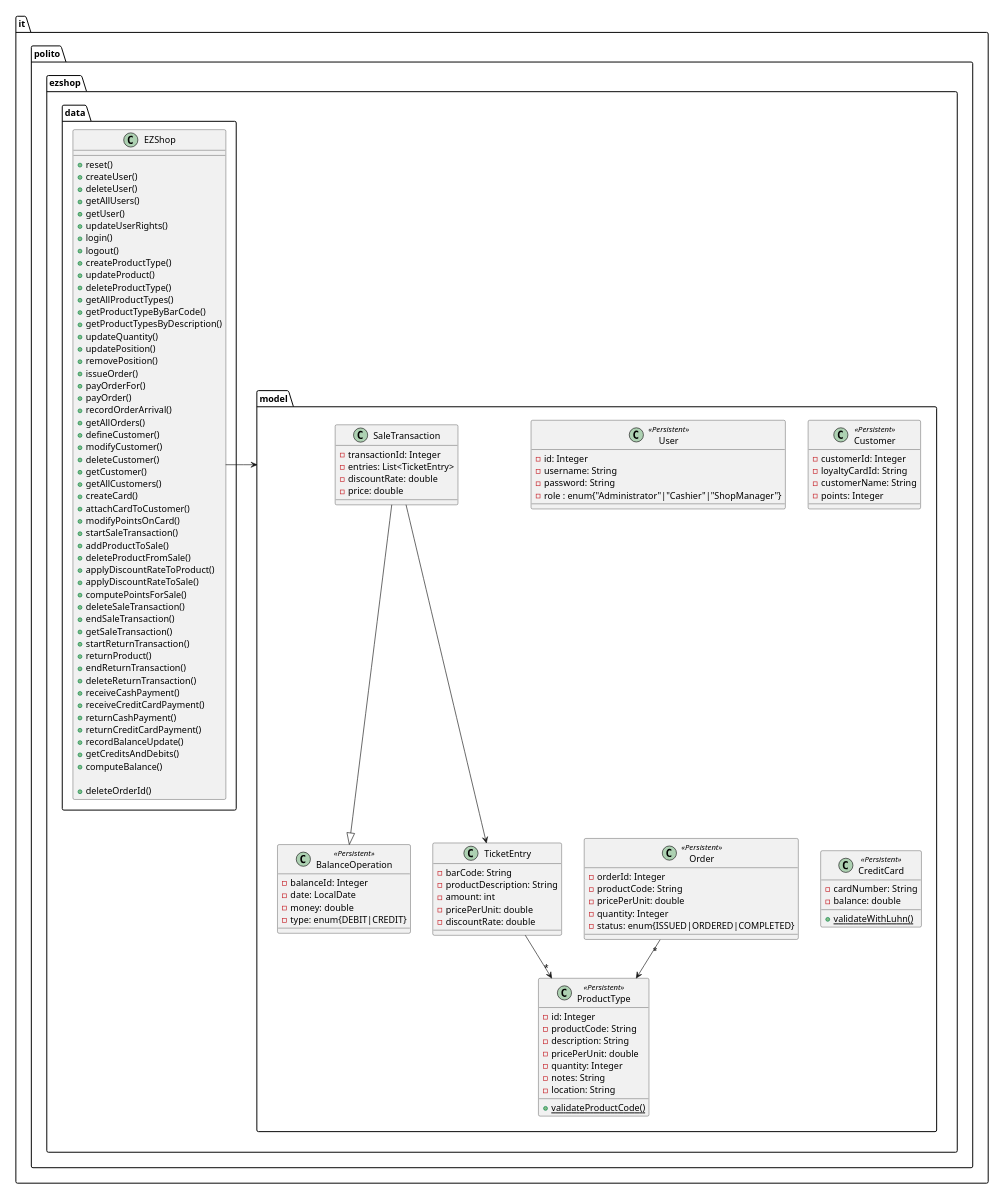
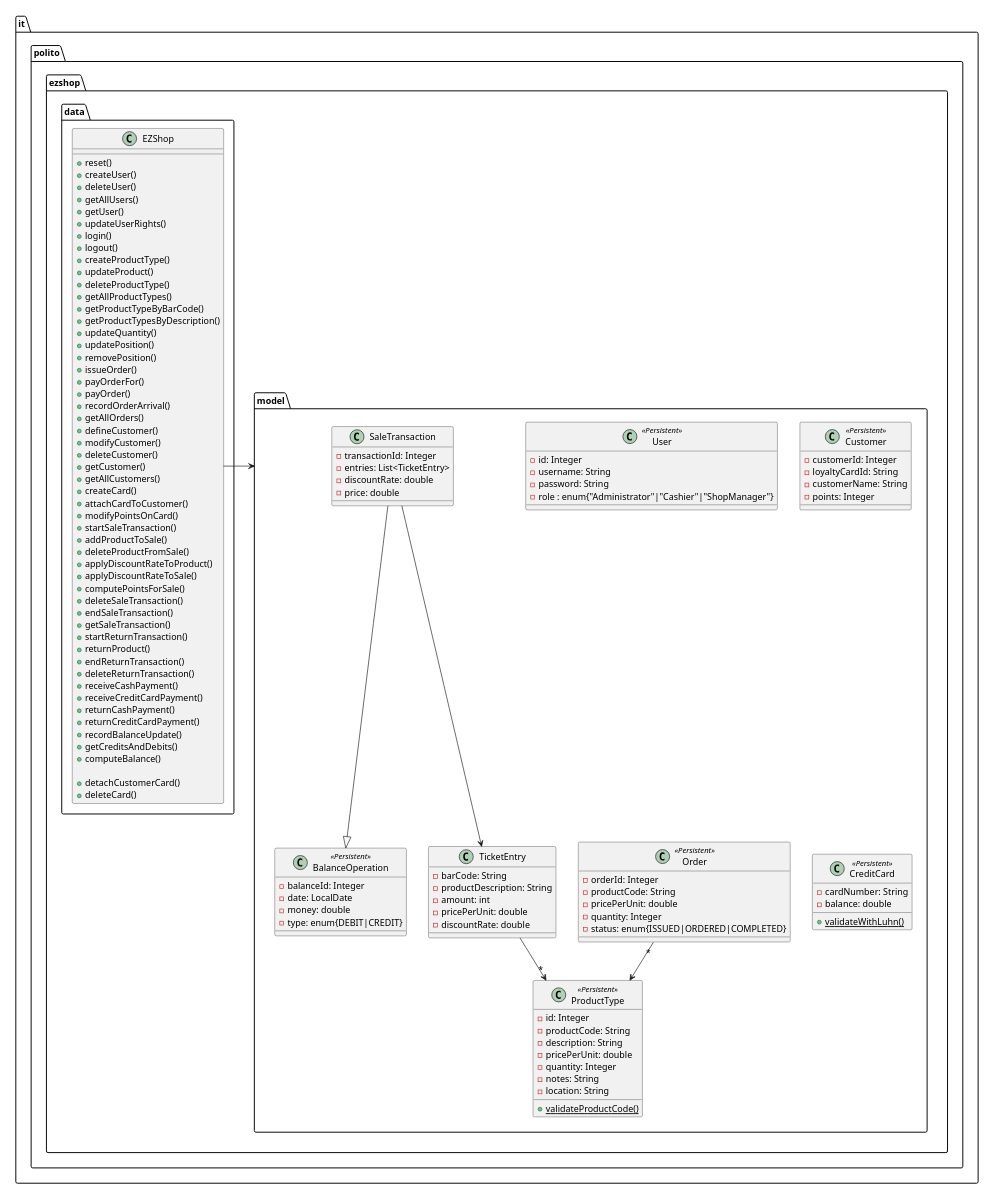
Before and after one commit to mkexc/ezshop: the second of 22 diagrams in Deliverables/DesignDocument.md, drawn with PlantUML. The commit also changed 103 other files, not shown here.

```diff
--- a/Deliverables/DesignDocument.md
+++ b/Deliverables/DesignDocument.md
@@ -199,7 +199,8 @@
         + getCreditsAndDebits()
         + computeBalance()
 
-        + deleteOrderId()
+        + detachCustomerCard()
+        + deleteCard()
     }
 }
 
```
